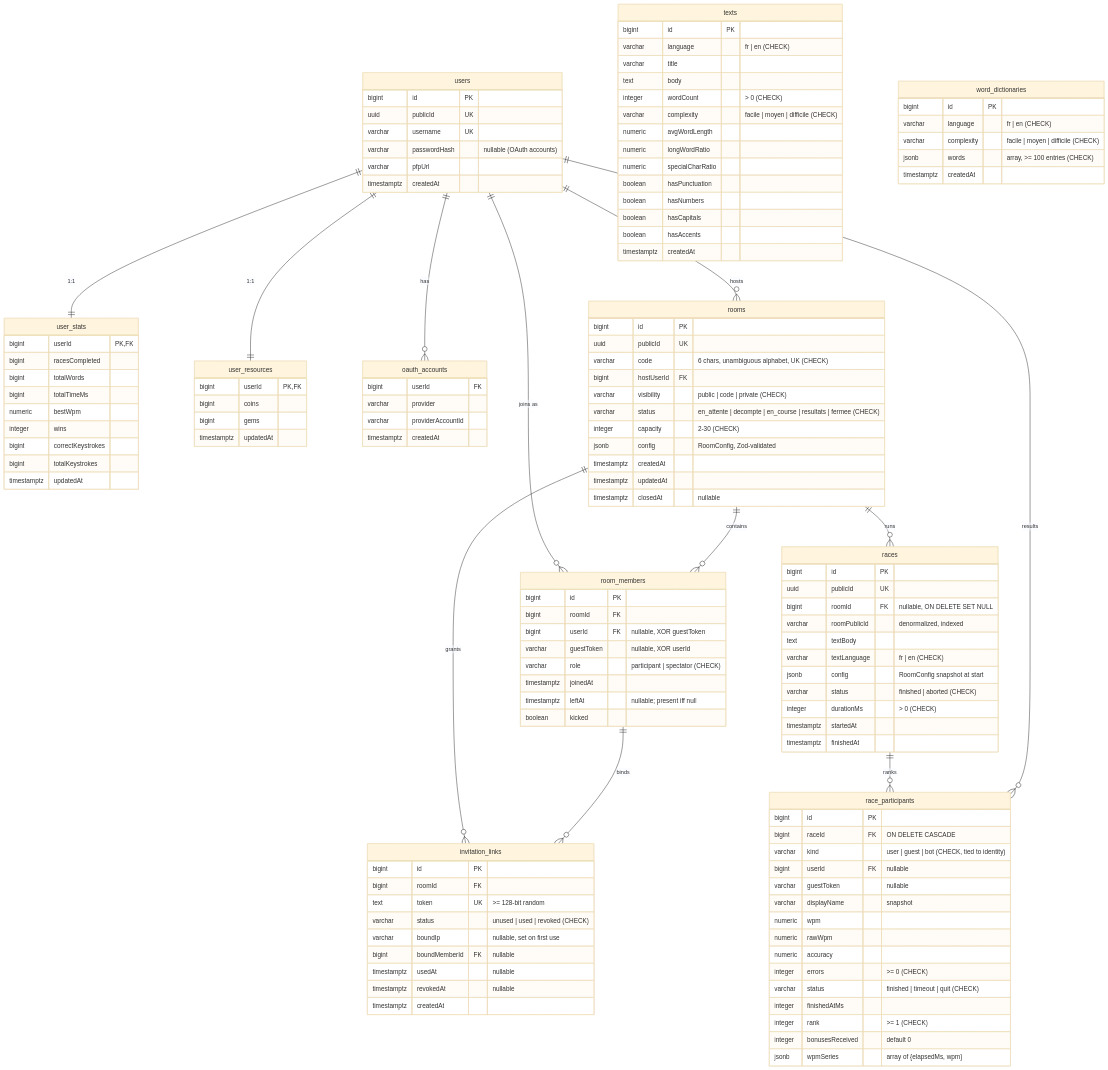
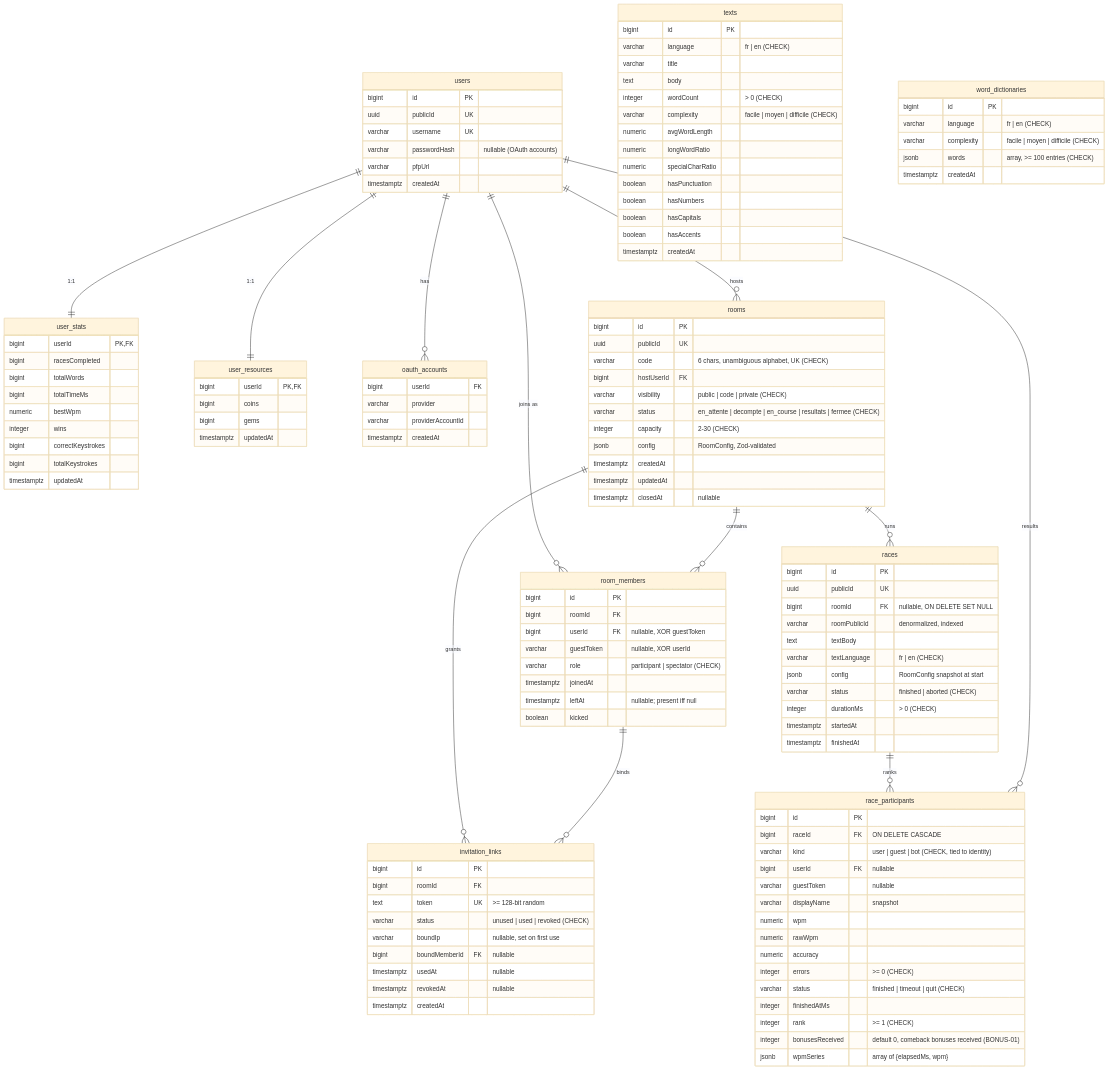
One commit to Extrajulien/dwarven-scriptures changed the first of 7 diagrams in doc/ARCHITECTURE.md. Above: the diagram before and after it, drawn with Mermaid (base theme). The commit also changed other lines of this file and 1 other file, not shown here.

Commit message:
docs: update EXIGENCES for bonus rules and engine application (BONUS-01..04)

```diff
--- a/doc/ARCHITECTURE.md
+++ b/doc/ARCHITECTURE.md
@@ -167,7 +171,7 @@
         varchar status "finished | timeout | quit (CHECK)"
         integer finishedAtMs
         integer rank ">= 1 (CHECK)"
-        integer bonusesReceived "default 0"
+        integer bonusesReceived "default 0, comeback bonuses received (BONUS-01)"
         jsonb wpmSeries "array of {elapsedMs, wpm}"
     }
     users ||--|| user_stats : "1:1"
```
